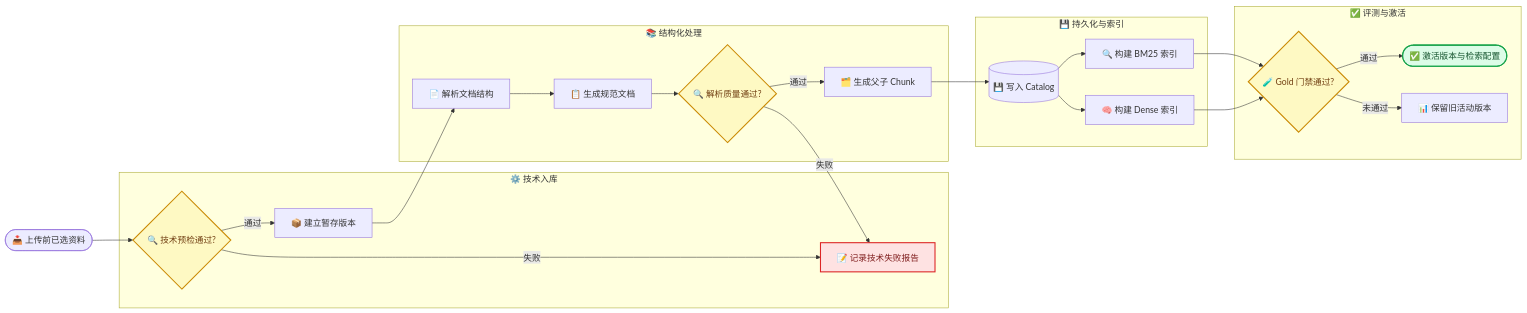
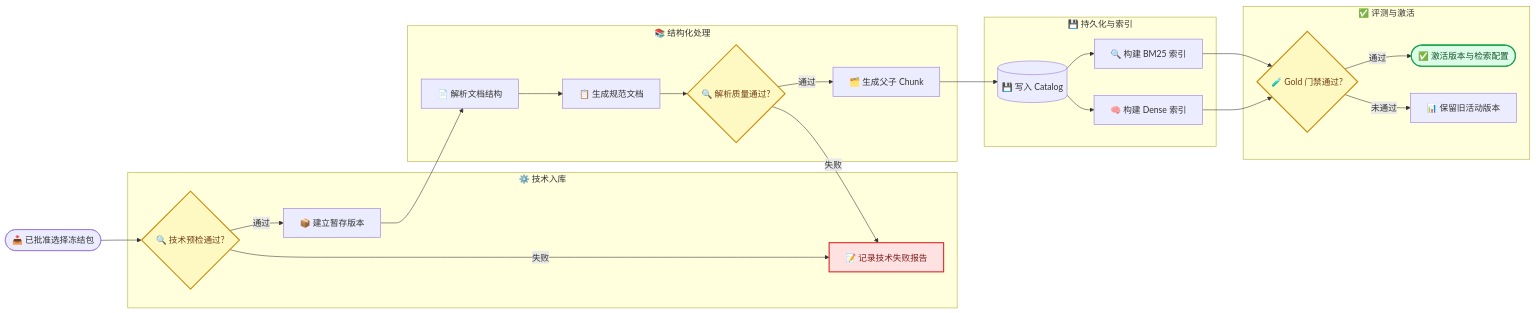
The second of 3 diagrams in docs/modules/knowledge-and-evidence.md (FaxClouder/Ped-Agent), drawn with Mermaid before and after one commit. The commit also changed other lines of this file and 26 other files, not shown here.

````diff
--- a/docs/modules/knowledge-and-evidence.md
+++ b/docs/modules/knowledge-and-evidence.md
@@ -150,53 +155,53 @@
 ```mermaid
 flowchart LR
     accTitle: Revised Knowledge Ingestion Pipeline
     accDescr: Preselected documents enter technical validation, structured parsing, canonicalization, hierarchical chunking, indexing, and release evaluation before a new active index configuration is published.
 
-    selected([📥 上传前已选资料])
+    selected([📥 已批准选择冻结包])
 
     subgraph ingest ["⚙️ 技术入库"]
         preflight{🔍 技术预检通过?}
         stage[📦 建立暂存版本]
         fail_report[📝 记录技术失败报告]
     end
 
     subgraph transform ["📚 结构化处理"]
         parse[📄 解析文档结构]
         canonical[📋 生成规范文档]
         parse_gate{🔍 解析质量通过?}
         chunk[🗂️ 生成父子 Chunk]
     end
 
     subgraph index ["💾 持久化与索引"]
         catalog[(💾 写入 Catalog)]
         sparse[🔍 构建 BM25 索引]
         dense[🧠 构建 Dense 索引]
     end
 
     subgraph release ["✅ 评测与激活"]
         gold{🧪 Gold 门禁通过?}
         activate([✅ 激活版本与检索配置])
         retain[📊 保留旧活动版本]
     end
 
     selected --> preflight
     preflight -->|通过| stage
     preflight -->|失败| fail_report
     stage --> parse --> canonical --> parse_gate
     parse_gate -->|通过| chunk --> catalog
     parse_gate -->|失败| fail_report
     catalog --> sparse
     catalog --> dense
     sparse --> gold
     dense --> gold
     gold -->|通过| activate
     gold -->|未通过| retain
 
     classDef success fill:#dcfce7,stroke:#16a34a,stroke-width:2px,color:#14532d
     classDef warning fill:#fef9c3,stroke:#ca8a04,stroke-width:2px,color:#713f12
     classDef danger fill:#fee2e2,stroke:#dc2626,stroke-width:2px,color:#7f1d1d
 
     class activate success
     class preflight,parse_gate,gold warning
     class fail_report danger
 ```
````
